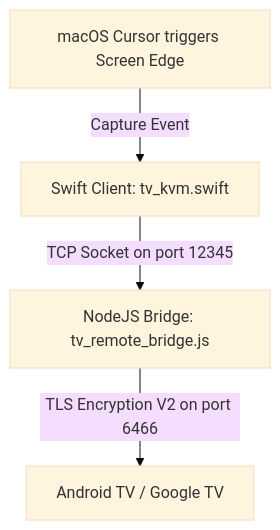
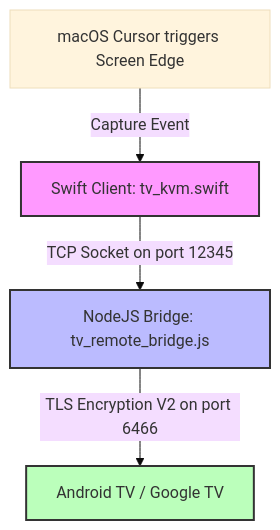
The diagram in README.md (ponano/androidtvremotemacos), drawn with Mermaid (base theme) before and after one commit. The commit also changed other lines of this file and 8 other files, not shown here.

````diff
--- a/README.md
+++ b/README.md
@@ -42,6 +60,10 @@
 ```mermaid
 graph TD
     MacCursor[macOS Cursor triggers Screen Edge] -->|Capture Event| SwiftClient[Swift Client: tv_kvm.swift]
     SwiftClient -->|TCP Socket on port 12345| NodeBridge[NodeJS Bridge: tv_remote_bridge.js]
     NodeBridge -->|TLS Encryption V2 on port 6466| GoogleTV[Android TV / Google TV]
+    
+    style SwiftClient fill:#f9f,stroke:#333,stroke-width:2px
+    style NodeBridge fill:#bbf,stroke:#333,stroke-width:2px
+    style GoogleTV fill:#bfb,stroke:#333,stroke-width:2px
 ```
````
